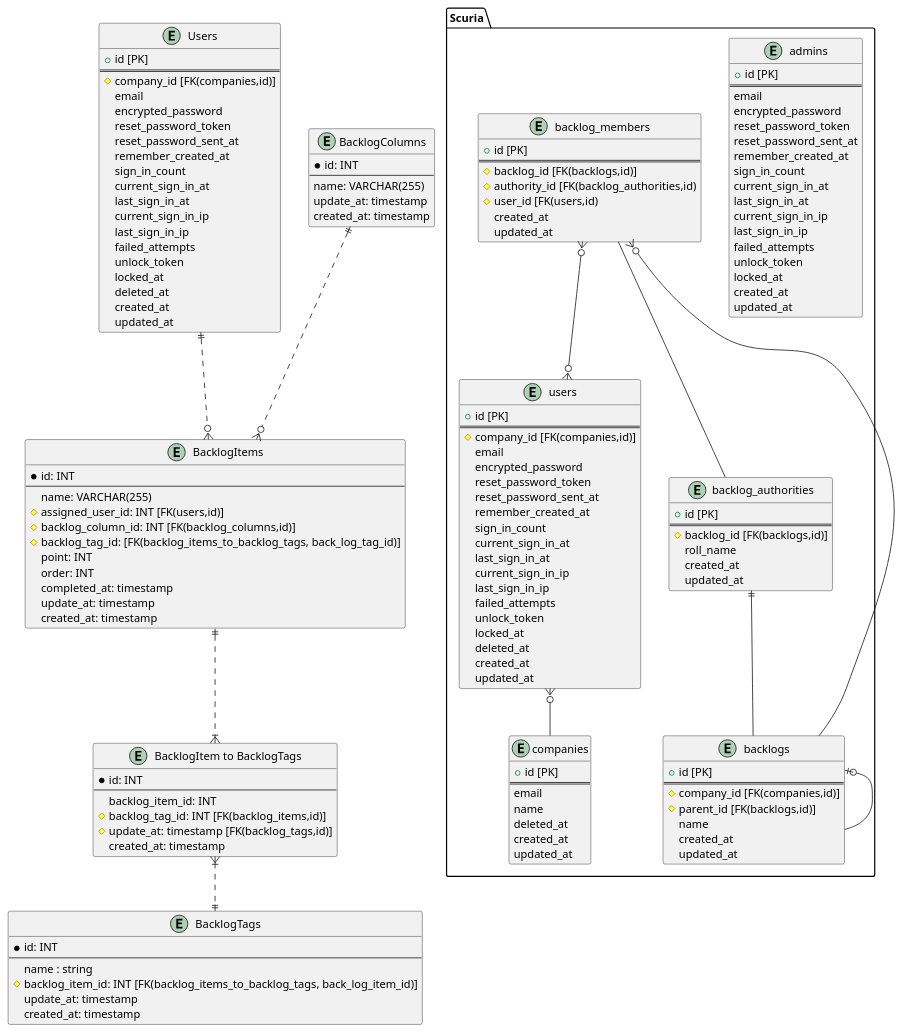
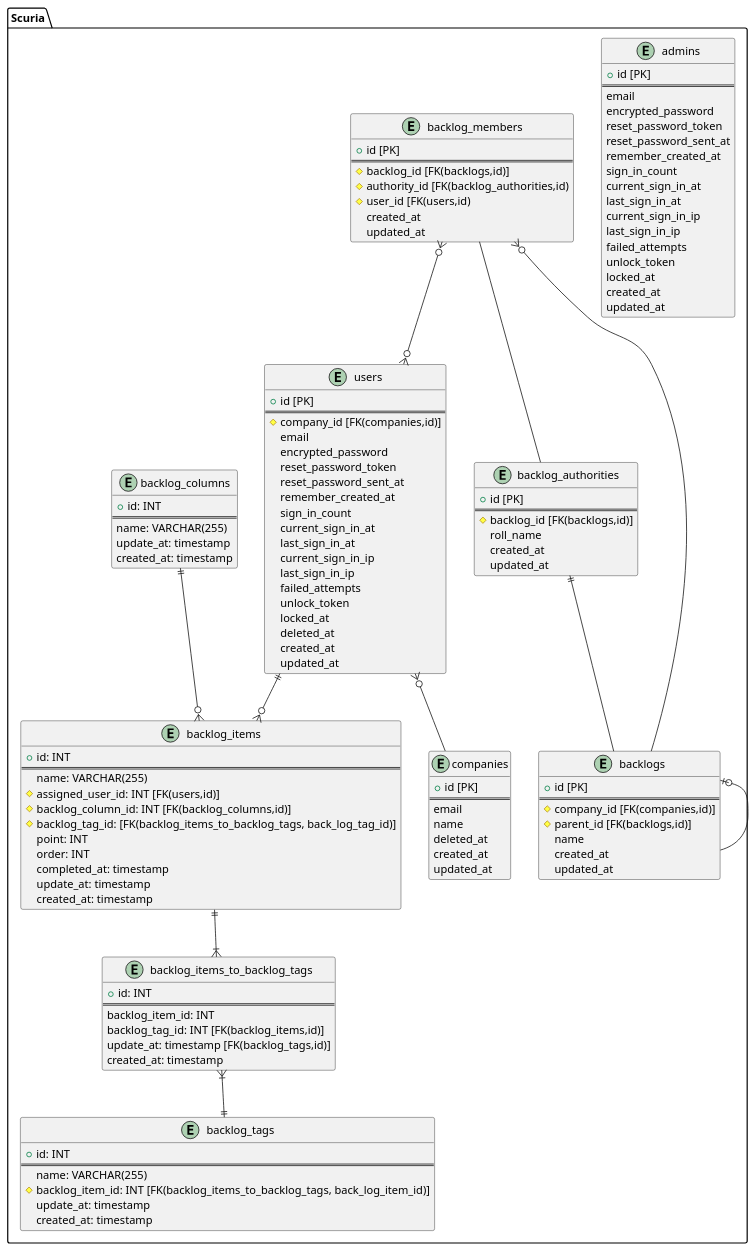
The diagram in docs/er.pu (slill33/Scuria), drawn with PlantUML before and after one commit. The commit also changed 1 other file, not shown here.

```diff
--- a/docs/er.pu
+++ b/docs/er.pu
@@ -1,164 +1,150 @@
-@startuml 
+@startuml
+
+' hide the spot
+' hide circle
+
+' avoid problems with angled crows feet
+' skinparam linetype ortho
+
+
 package "Scuria" {
   entity "users" {
     + id [PK]
     ==
     # company_id [FK(companies,id)]
     email
     encrypted_password
     reset_password_token
     reset_password_sent_at
     remember_created_at
     sign_in_count
     current_sign_in_at
     last_sign_in_at
     current_sign_in_ip
     last_sign_in_ip
     failed_attempts
     unlock_token
     locked_at
     deleted_at
     created_at
     updated_at
   }
+
   entity "admins" {
     + id [PK]
     ==
     email
     encrypted_password
     reset_password_token
     reset_password_sent_at
     remember_created_at
     sign_in_count
     current_sign_in_at
     last_sign_in_at
     current_sign_in_ip
     last_sign_in_ip
     failed_attempts
     unlock_token
     locked_at
     created_at
     updated_at
   }
+
   entity "companies" {
     + id [PK]
     ==
     email
     name
     deleted_at
     created_at
     updated_at
   }
+
   entity "backlog_authorities" {
     + id [PK]
     ==
     # backlog_id [FK(backlogs,id)]
     roll_name
     created_at
     updated_at
   }
+
   entity "backlogs" {
     + id [PK]
     ==
     # company_id [FK(companies,id)]
     # parent_id [FK(backlogs,id)] 
     name
     created_at
     updated_at 
   }
 
   entity "backlog_members" {
     + id [PK]
     ==
     # backlog_id [FK(backlogs,id)]
     # authority_id [FK(backlog_authorities,id)
     # user_id [FK(users,id) 
     created_at
     updated_at
   }
 
-
-  users }o-- companies
-  backlog_authorities ||-- backlogs
-  backlogs |o-- backlogs
-  backlog_members }o-- backlogs
-  backlog_members -- backlog_authorities
-  backlog_members }o--o{ users
-
-
-
-}
-
-
-entity "Users" as u {
-    + id [PK]
+  entity "backlog_columns" {
+    +id: INT
     ==
-    # company_id [FK(companies,id)]
-    email
-    encrypted_password
-    reset_password_token
-    reset_password_sent_at
-    remember_created_at
-    sign_in_count
-    current_sign_in_at
-    last_sign_in_at
-    current_sign_in_ip
-    last_sign_in_ip
-    failed_attempts
-    unlock_token
-    locked_at
-    deleted_at
-    created_at
-    updated_at
-}
-
-entity "BacklogColumns" as backlog_columns {
-    *id: INT
-    --
     name: VARCHAR(255)
     update_at: timestamp
     created_at: timestamp
-}
-
-
-entity "BacklogItems" as backlog_items {
-    *id: INT
-    --
+  }
+  
+  
+  entity "backlog_items" {
+    +id: INT
+    ==
     name: VARCHAR(255)
     # assigned_user_id: INT [FK(users,id)]
     # backlog_column_id: INT [FK(backlog_columns,id)]
     # backlog_tag_id: [FK(backlog_items_to_backlog_tags, back_log_tag_id)]
     point: INT
     order: INT
     completed_at: timestamp
     update_at: timestamp
     created_at: timestamp
-}
-
-entity "BacklogItem to BacklogTags" as backlog_items_to_backlog_tags {
-    *id: INT
-    --
+  }
+  
+  entity "backlog_items_to_backlog_tags" {
+    +id: INT
+    ==
     backlog_item_id: INT
-    # backlog_tag_id: INT [FK(backlog_items,id)]
-    # update_at: timestamp [FK(backlog_tags,id)]
+    backlog_tag_id: INT [FK(backlog_items,id)]
+    update_at: timestamp [FK(backlog_tags,id)]
     created_at: timestamp
-}
-
-entity "BacklogTags" as backlog_tags {
-    *id: INT
-    --
-    name : string
+  }
+  
+  entity "backlog_tags" {
+    +id: INT
+    ==
+    name: VARCHAR(255)
     # backlog_item_id: INT [FK(backlog_items_to_backlog_tags, back_log_item_id)]
     update_at: timestamp
     created_at: timestamp
+  }
+
+
+  users }o-- companies
+  backlog_authorities ||-- backlogs
+  backlogs |o-- backlogs
+  backlog_members }o-- backlogs
+  backlog_members -- backlog_authorities
+  backlog_members }o--o{ users
+
+  users ||--o{ backlog_items
+  
+  backlog_columns ||--o{ backlog_items
+  backlog_items ||--|{ backlog_items_to_backlog_tags
+  backlog_items_to_backlog_tags }|--||backlog_tags
+
 }
 
 
-
-u ||..o{ backlog_items
-
-backlog_columns ||..o{ backlog_items
-backlog_items ||..|{ backlog_items_to_backlog_tags
-backlog_items_to_backlog_tags }|..||backlog_tags
-
 @enduml
```
